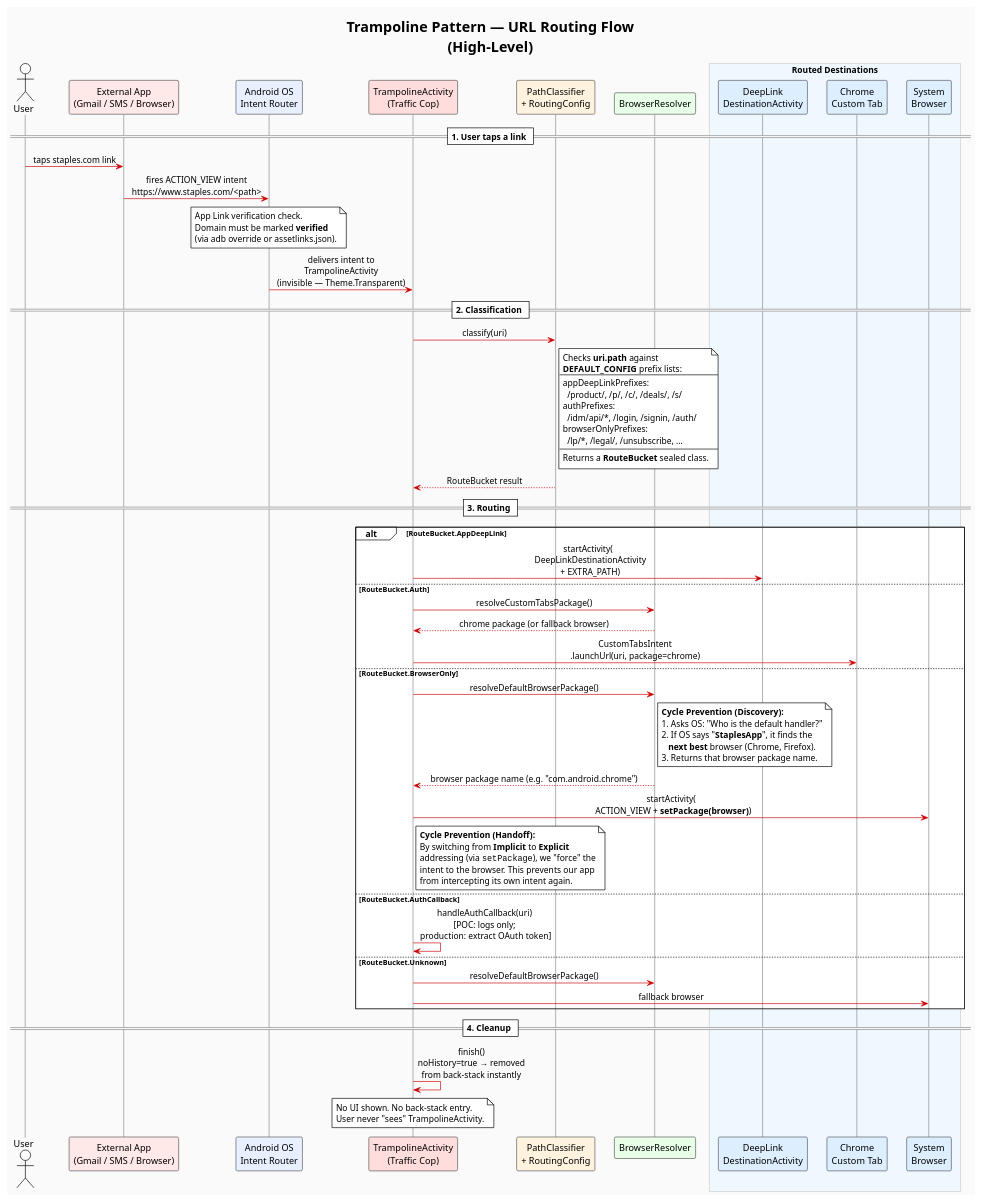
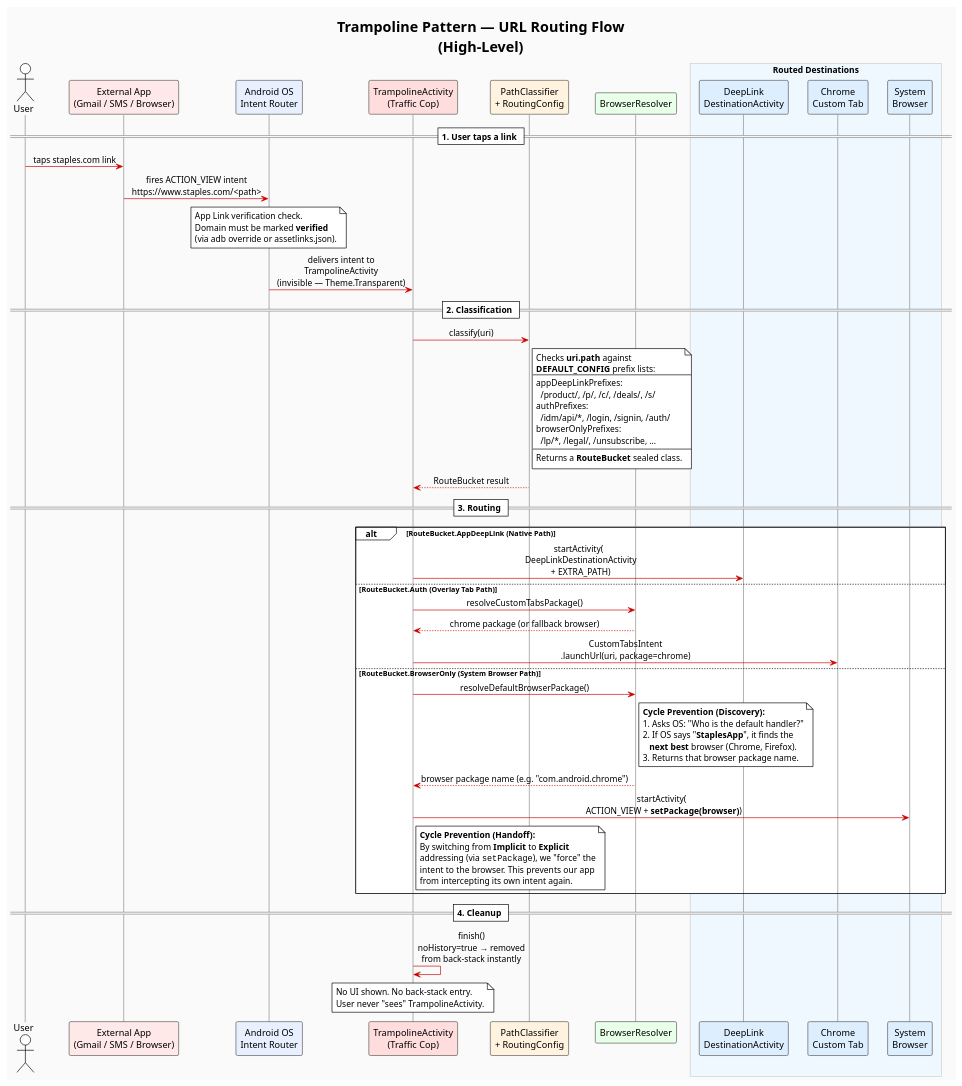
The diagram in docs/routing-flow.puml (malotian/android-trampoline-poc), drawn with PlantUML before and after one commit.

Commit message:
PlantUML improved

```diff
--- a/docs/routing-flow.puml
+++ b/docs/routing-flow.puml
@@ -1,113 +1,106 @@
 @startuml Trampoline Routing Flow
 !theme plain
 skinparam sequenceMessageAlign center
 skinparam responseMessageBelowArrow true
 skinparam backgroundColor #FAFAFA
 skinparam sequence {
     ArrowColor      #CC0000
     LifeLineBorderColor #888888
     ParticipantBorderColor #555555
     ParticipantBackgroundColor #FFFFFF
     BoxBorderColor  #CCCCCC
     BoxBackgroundColor #F5F5F5
 }
 
 title Trampoline Pattern — URL Routing Flow\n(High-Level)
 
 actor       "User"                                  as User
 participant "External App\n(Gmail / SMS / Browser)" as ExtApp  #FFE8E8
 participant "Android OS\nIntent Router"             as OS      #E8F0FF
 participant "TrampolineActivity\n(Traffic Cop)"     as TA      #FFDDDD
 participant "PathClassifier\n+ RoutingConfig"       as PC      #FFF3E0
 participant "BrowserResolver"                       as BR      #E8FFE8
 
 box "Routed Destinations" #F0F8FF
   participant "DeepLink\nDestinationActivity" as DL  #DDEEFF
   participant "Chrome\nCustom Tab"            as CCT #DDEEFF
   participant "System\nBrowser"               as SB  #DDEEFF
 end box
 
 == 1. User taps a link ==
 
 User    ->  ExtApp : taps staples.com link
 ExtApp  ->  OS     : fires ACTION_VIEW intent\nhttps://www.staples.com/<path>
 
 note over OS
   App Link verification check.
   Domain must be marked **verified**
   (via adb override or assetlinks.json).
 end note
 
 OS      ->  TA     : delivers intent to\nTrampolineActivity\n(invisible — Theme.Transparent)
 
 == 2. Classification ==
 
 TA      ->  PC     : classify(uri)
 
 note right of PC
   Checks **uri.path** against
   **DEFAULT_CONFIG** prefix lists:
   ----
   appDeepLinkPrefixes:
     /product/, /p/, /c/, /deals/, /s/
   authPrefixes:
     /idm/api/*, /login, /signin, /auth/
   browserOnlyPrefixes:
     /lp/*, /legal/, /unsubscribe, ...
   ----
   Returns a **RouteBucket** sealed class.
 end note
 
 PC      --> TA     : RouteBucket result
 
 == 3. Routing ==
 
-alt RouteBucket.AppDeepLink
+alt RouteBucket.AppDeepLink (Native Path)
     TA  ->  DL  : startActivity(\n  DeepLinkDestinationActivity\n  + EXTRA_PATH)
 
-else RouteBucket.Auth
+else RouteBucket.Auth (Overlay Tab Path)
     TA  ->  BR  : resolveCustomTabsPackage()
     BR  --> TA  : chrome package (or fallback browser)
     TA  ->  CCT : CustomTabsIntent\n.launchUrl(uri, package=chrome)
 
-else RouteBucket.BrowserOnly
+else RouteBucket.BrowserOnly (System Browser Path)
     TA  ->  BR  : resolveDefaultBrowserPackage()
 
     note right of BR
       **Cycle Prevention (Discovery):**
       1. Asks OS: "Who is the default handler?"
       2. If OS says "**StaplesApp**", it finds the
          **next best** browser (Chrome, Firefox).
       3. Returns that browser package name.
     end note
 
     BR  --> TA  : browser package name (e.g. "com.android.chrome")
 
     TA  ->  SB  : startActivity(\n  ACTION_VIEW + **setPackage(browser)**)
     
     note right of TA
       **Cycle Prevention (Handoff):**
       By switching from **Implicit** to **Explicit**
       addressing (via ""setPackage""), we "force" the
       intent to the browser. This prevents our app
       from intercepting its own intent again.
     end note
-
-else RouteBucket.AuthCallback
-    TA  ->  TA  : handleAuthCallback(uri)\n[POC: logs only;\n production: extract OAuth token]
-
-else RouteBucket.Unknown
-    TA  ->  BR  : resolveDefaultBrowserPackage()
-    TA  ->  SB  : fallback browser
 end
 
 == 4. Cleanup ==
 
 TA -> TA : finish()\nnoHistory=true → removed\nfrom back-stack instantly
 
 note over TA
   No UI shown. No back-stack entry.
   User never "sees" TrampolineActivity.
 end note
 
 @enduml
```
